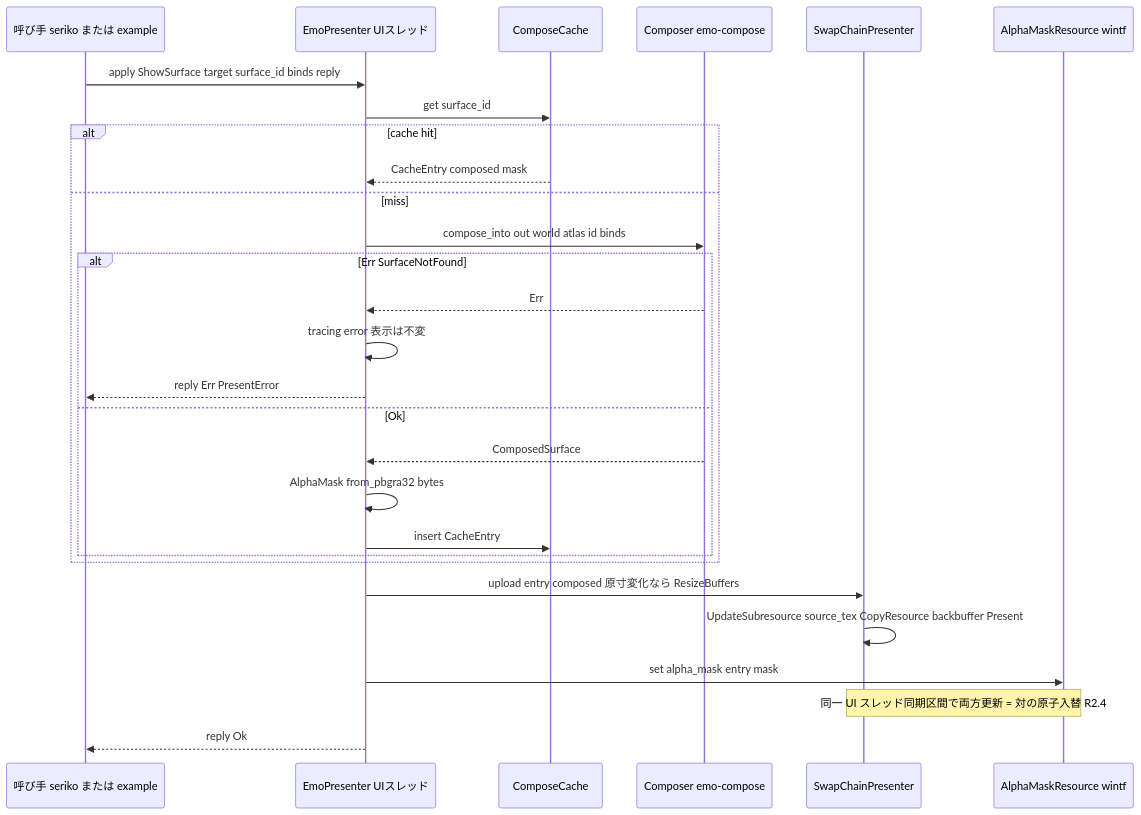
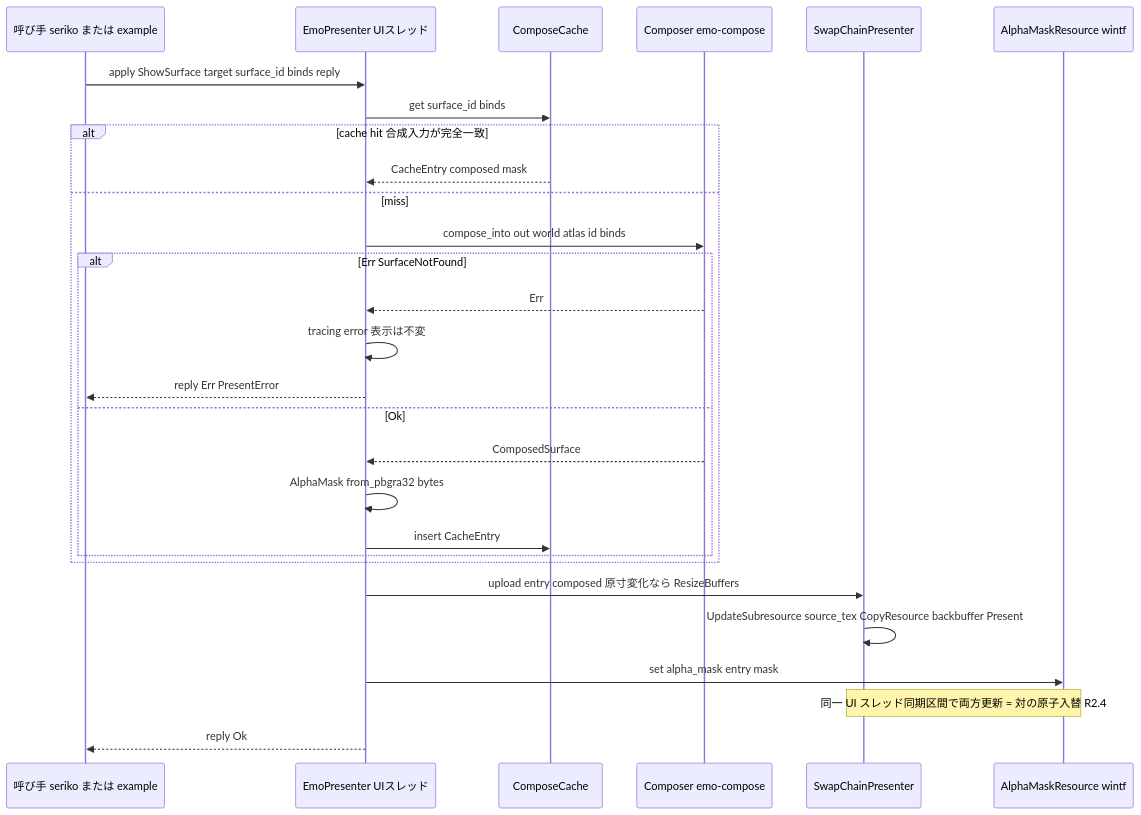
One commit to ekicyou/areka changed the second of 3 diagrams in .kiro/specs/areka-P0-emo-present/design.md. Above: the diagram before and after it, drawn with Mermaid. The commit also changed other lines of this file and 5 other files, not shown here.

````diff
--- a/.kiro/specs/areka-P0-emo-present/design.md
+++ b/.kiro/specs/areka-P0-emo-present/design.md
@@ -224,31 +224,31 @@
 ```mermaid
 sequenceDiagram
     participant Caller as 呼び手 seriko または example
     participant P as EmoPresenter UIスレッド
     participant C as ComposeCache
     participant K as Composer emo-compose
     participant S as SwapChainPresenter
     participant M as AlphaMaskResource wintf
 
     Caller->>P: apply ShowSurface target surface_id binds reply
-    P->>C: get surface_id
-    alt cache hit
+    P->>C: get surface_id binds
+    alt cache hit 合成入力が完全一致
         C-->>P: CacheEntry composed mask
     else miss
         P->>K: compose_into out world atlas id binds
         alt Err SurfaceNotFound
             K-->>P: Err
             P->>P: tracing error 表示は不変
             P-->>Caller: reply Err PresentError
         else Ok
             K-->>P: ComposedSurface
             P->>P: AlphaMask from_pbgra32 bytes
             P->>C: insert CacheEntry
         end
     end
     P->>S: upload entry composed 原寸変化なら ResizeBuffers
     S->>S: UpdateSubresource source_tex CopyResource backbuffer Present
     P->>M: set alpha_mask entry mask
     Note over S,M: 同一 UI スレッド同期区間で両方更新 = 対の原子入替 R2.4
     P-->>Caller: reply Ok
 ```
````
